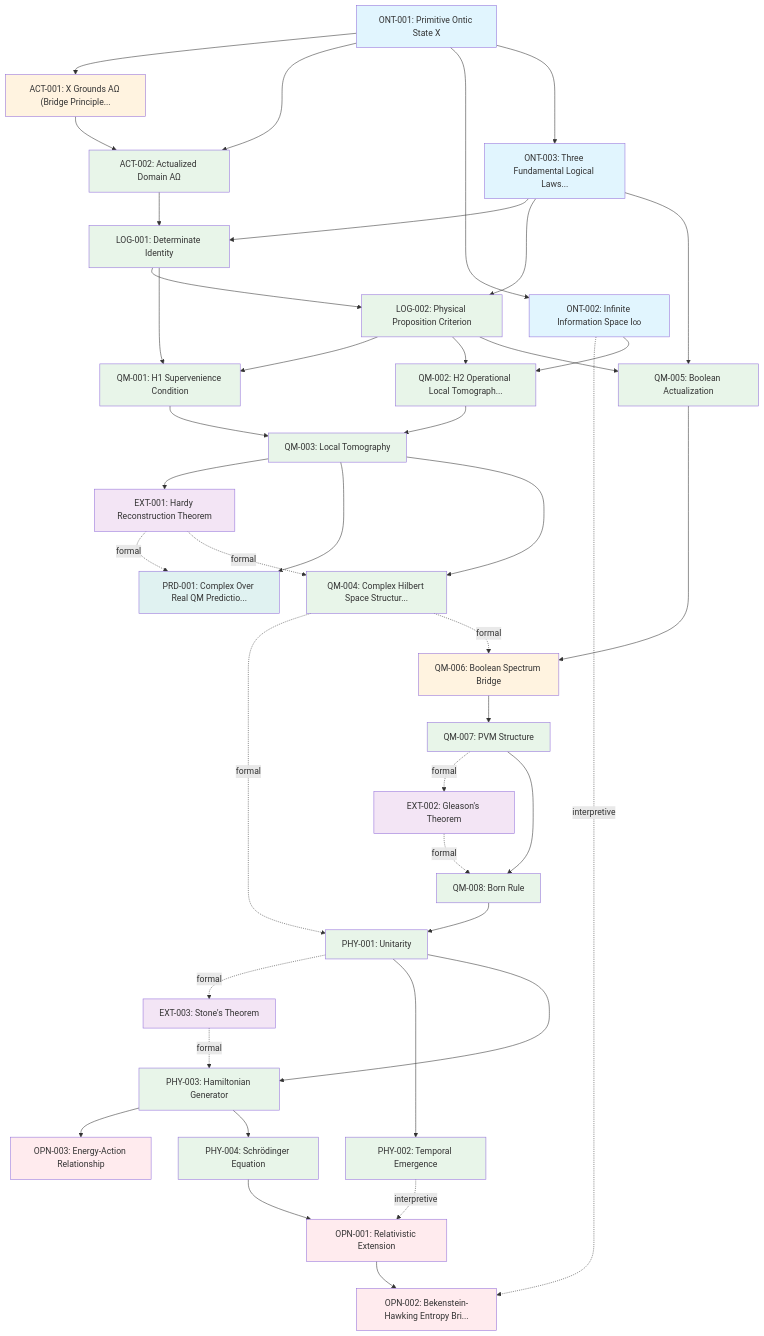
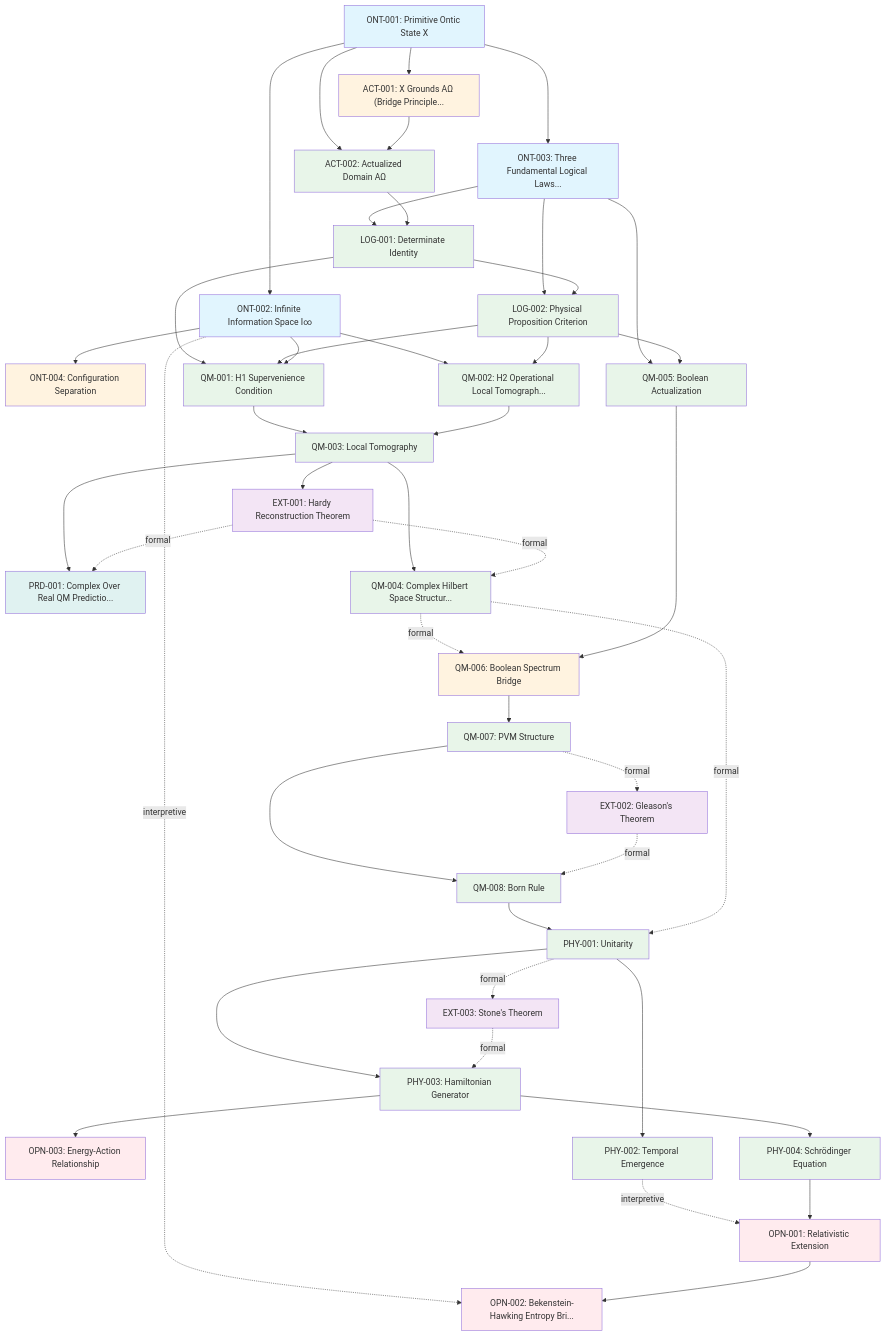
Before and after one commit to jdlongmire/logic-realism-theory: the diagram in traceability/generated/dependency-graph.mmd, drawn with Mermaid. The commit also changed 10 other files, not shown here.

```diff
--- a/traceability/generated/dependency-graph.mmd
+++ b/traceability/generated/dependency-graph.mmd
@@ -1,99 +1,103 @@
 graph TD
     classDef primitive fill:#e1f5fe
     classDef bridge fill:#fff3e0
     classDef derived fill:#e8f5e9
     classDef imported fill:#f3e5f5
     classDef open fill:#ffebee
     classDef prediction fill:#e0f2f1
     ACT-001["ACT-001: X Grounds AΩ (Bridge Principle..."]
     ACT-002["ACT-002: Actualized Domain AΩ"]
     EXT-001["EXT-001: Hardy Reconstruction Theorem"]
     EXT-002["EXT-002: Gleason's Theorem"]
     EXT-003["EXT-003: Stone's Theorem"]
     LOG-001["LOG-001: Determinate Identity"]
     LOG-002["LOG-002: Physical Proposition Criterion"]
     ONT-001["ONT-001: Primitive Ontic State X"]
     ONT-002["ONT-002: Infinite Information Space I∞"]
     ONT-003["ONT-003: Three Fundamental Logical Laws..."]
+    ONT-004["ONT-004: Configuration Separation"]
     OPN-001["OPN-001: Relativistic Extension"]
     OPN-002["OPN-002: Bekenstein-Hawking Entropy Bri..."]
     OPN-003["OPN-003: Energy-Action Relationship"]
     PHY-001["PHY-001: Unitarity"]
     PHY-002["PHY-002: Temporal Emergence"]
     PHY-003["PHY-003: Hamiltonian Generator"]
     PHY-004["PHY-004: Schrödinger Equation"]
     PRD-001["PRD-001: Complex Over Real QM Predictio..."]
     QM-001["QM-001: H1 Supervenience Condition"]
     QM-002["QM-002: H2 Operational Local Tomograph..."]
     QM-003["QM-003: Local Tomography"]
     QM-004["QM-004: Complex Hilbert Space Structur..."]
     QM-005["QM-005: Boolean Actualization"]
     QM-006["QM-006: Boolean Spectrum Bridge"]
     QM-007["QM-007: PVM Structure"]
     QM-008["QM-008: Born Rule"]
     ONT-001 --> ACT-001
     ONT-001 --> ACT-002
     ACT-001 --> ACT-002
     QM-003 --> EXT-001
     QM-007 -.->|formal| EXT-002
     PHY-001 -.->|formal| EXT-003
     ONT-003 --> LOG-001
     ACT-002 --> LOG-001
     ONT-003 --> LOG-002
     LOG-001 --> LOG-002
     ONT-001 --> ONT-002
     ONT-001 --> ONT-003
+    ONT-002 --> ONT-004
     PHY-002 -.->|interpretive| OPN-001
     PHY-004 --> OPN-001
     ONT-002 -.->|interpretive| OPN-002
     OPN-001 --> OPN-002
     PHY-003 --> OPN-003
     QM-008 --> PHY-001
     QM-004 -.->|formal| PHY-001
     PHY-001 --> PHY-002
     PHY-001 --> PHY-003
     EXT-003 -.->|formal| PHY-003
     PHY-003 --> PHY-004
     QM-003 --> PRD-001
     EXT-001 -.->|formal| PRD-001
     LOG-001 --> QM-001
     LOG-002 --> QM-001
+    ONT-002 --> QM-001
     ONT-002 --> QM-002
     LOG-002 --> QM-002
     QM-001 --> QM-003
     QM-002 --> QM-003
     QM-003 --> QM-004
     EXT-001 -.->|formal| QM-004
     ONT-003 --> QM-005
     LOG-002 --> QM-005
     QM-004 -.->|formal| QM-006
     QM-005 --> QM-006
     QM-006 --> QM-007
     QM-007 --> QM-008
     EXT-002 -.->|formal| QM-008
     class ACT-001 bridge
     class ACT-002 derived
     class EXT-001 imported
     class EXT-002 imported
     class EXT-003 imported
     class LOG-001 derived
     class LOG-002 derived
     class ONT-001 primitive
     class ONT-002 primitive
     class ONT-003 primitive
+    class ONT-004 bridge
     class OPN-001 open
     class OPN-002 open
     class OPN-003 open
     class PHY-001 derived
     class PHY-002 derived
     class PHY-003 derived
     class PHY-004 derived
     class PRD-001 prediction
     class QM-001 derived
     class QM-002 derived
     class QM-003 derived
     class QM-004 derived
     class QM-005 derived
     class QM-006 bridge
     class QM-007 derived
     class QM-008 derived
```
